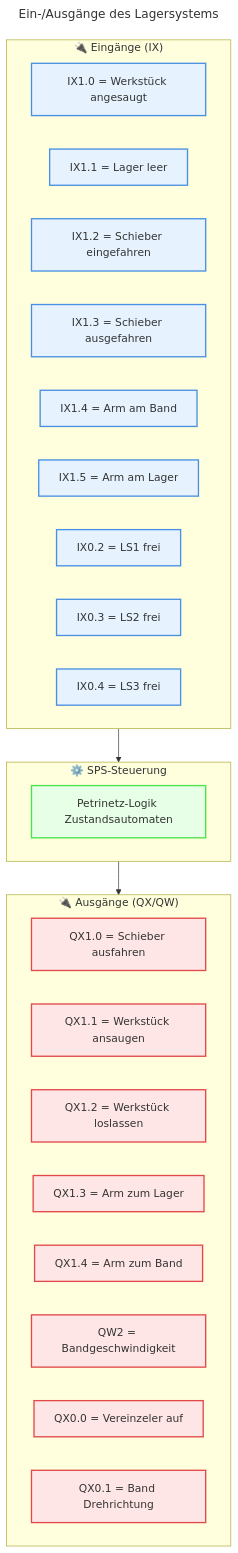
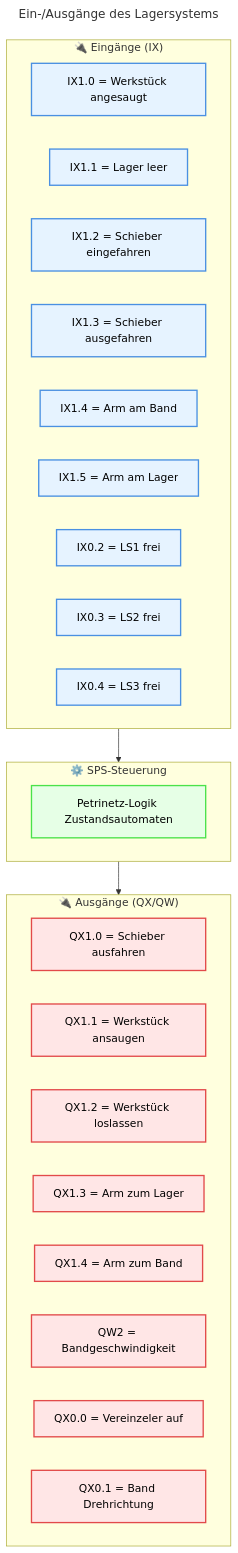
Before and after one commit to goldjunge91/ATP_Labor2: the ninth of 9 diagrams in Petrinetz_Grafiken.md, drawn with Mermaid. The commit also changed other lines of this file, not shown here.

Commit message:
Farbdefinitionen in Petrinetz-Diagrammen für bessere Lesbarkeit und Konsistenz

````diff
--- a/Petrinetz_Grafiken.md
+++ b/Petrinetz_Grafiken.md
@@ -345,43 +343,43 @@
 ```mermaid
 ---
 title: Ein-/Ausgänge des Lagersystems
 ---
 flowchart TD
     subgraph Eingänge ["🔌 Eingänge (IX)"]
         IX10["IX1.0 = Werkstück angesaugt"]
         IX11["IX1.1 = Lager leer"]
         IX12["IX1.2 = Schieber eingefahren"]
         IX13["IX1.3 = Schieber ausgefahren"]
         IX14["IX1.4 = Arm am Band"]
         IX15["IX1.5 = Arm am Lager"]
         IX02["IX0.2 = LS1 frei"]
         IX03["IX0.3 = LS2 frei"]
         IX04["IX0.4 = LS3 frei"]
     end
     
     subgraph Steuerung ["⚙️ SPS-Steuerung"]
         PLC["Petrinetz-Logik Zustandsautomaten"]
     end
     
     subgraph Ausgänge ["🔌 Ausgänge (QX/QW)"]
         QX10["QX1.0 = Schieber ausfahren"]
         QX11["QX1.1 = Werkstück ansaugen"]
         QX12["QX1.2 = Werkstück loslassen"]
         QX13["QX1.3 = Arm zum Lager"]
         QX14["QX1.4 = Arm zum Band"]
         QW2["QW2 = Bandgeschwindigkeit"]
         QX00["QX0.0 = Vereinzeler auf"]
         QX01["QX0.1 = Band Drehrichtung"]
     end
     
     Eingänge --> Steuerung
     Steuerung --> Ausgänge
     
-    classDef inputStyle fill:#E6F3FF,stroke:#4A90E2,stroke-width:2px
-    classDef outputStyle fill:#FFE6E6,stroke:#E24A4A,stroke-width:2px
-    classDef controlStyle fill:#E6FFE6,stroke:#4AE24A,stroke-width:2px
+    classDef inputStyle fill:#E6F3FF,stroke:#4A90E2,stroke-width:2px, color:#000000
+    classDef outputStyle fill:#FFE6E6,stroke:#E24A4A,stroke-width:2px, color:#000000
+    classDef controlStyle fill:#E6FFE6,stroke:#4AE24A,stroke-width:2px, color:#000000
     
     class IX10,IX11,IX12,IX13,IX14,IX15,IX02,IX03,IX04 inputStyle
     class QX10,QX11,QX12,QX13,QX14,QW2,QX00,QX01 outputStyle
     class PLC controlStyle
 ```
````
